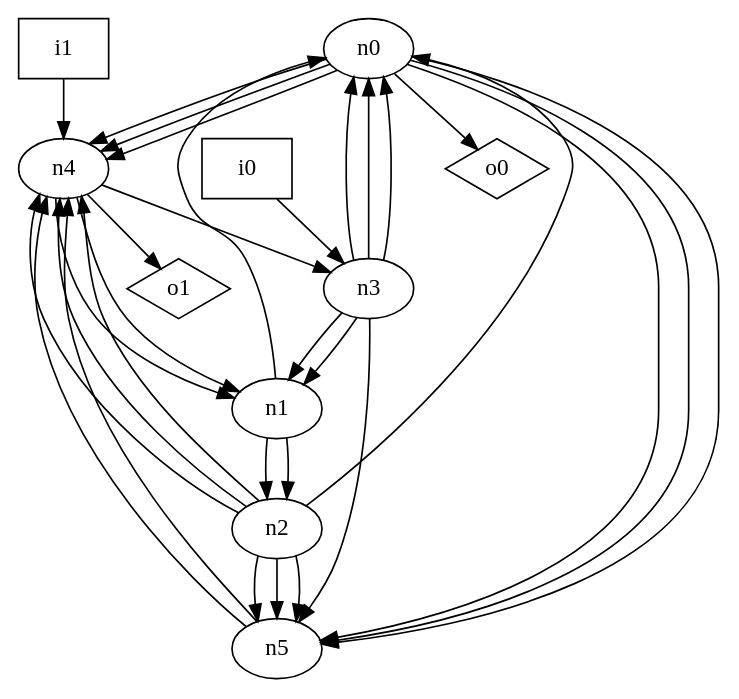
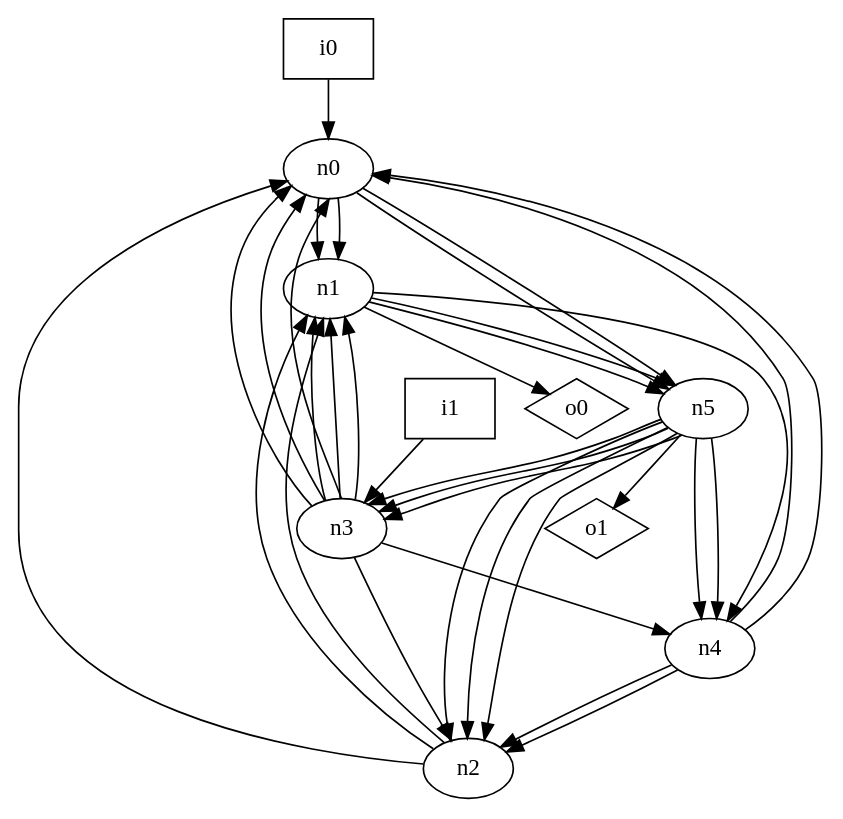
One commit to p9romain/bool-circuits changed the diagram in dot_files/random_graph/oriented_loop_free_graph.dot. Above: the diagram before and after it, drawn with Graphviz. The commit also changed 149 other files, not shown here.

```diff
--- a/dot_files/random_graph/oriented_loop_free_graph.dot
+++ b/dot_files/random_graph/oriented_loop_free_graph.dot
@@ -1,43 +1,46 @@
 digraph G {
 n0 [label="n0"];
 n1 [label="n1"];
 n2 [label="n2"];
 n3 [label="n3"];
 n4 [label="n4"];
 n5 [label="n5"];
 n6 [label="i0",shape="box"];
 n7 [label="i1",shape="box"];
 n8 [label="o0",shape="diamond"];
 n9 [label="o1",shape="diamond"];
-n0 -> n4
-n0 -> n4
-n0 -> n4
+n0 -> n1
+n0 -> n1
 n0 -> n5
 n0 -> n5
-n0 -> n5
-n0 -> n8
-n1 -> n0
-n1 -> n2
-n1 -> n2
+n1 -> n4
+n1 -> n5
+n1 -> n5
+n1 -> n8
 n2 -> n0
-n2 -> n4
-n2 -> n4
-n2 -> n4
-n2 -> n5
-n2 -> n5
-n2 -> n5
+n2 -> n1
+n2 -> n1
 n3 -> n0
 n3 -> n0
 n3 -> n0
 n3 -> n1
 n3 -> n1
-n3 -> n5
-n4 -> n1
-n4 -> n1
-n4 -> n3
-n4 -> n9
+n3 -> n1
+n3 -> n2
+n3 -> n4
+n4 -> n0
+n4 -> n0
+n4 -> n2
+n4 -> n2
+n5 -> n2
+n5 -> n2
+n5 -> n2
+n5 -> n3
+n5 -> n3
+n5 -> n3
 n5 -> n4
 n5 -> n4
-n6 -> n3
-n7 -> n4
+n5 -> n9
+n6 -> n0
+n7 -> n3
 }
```
